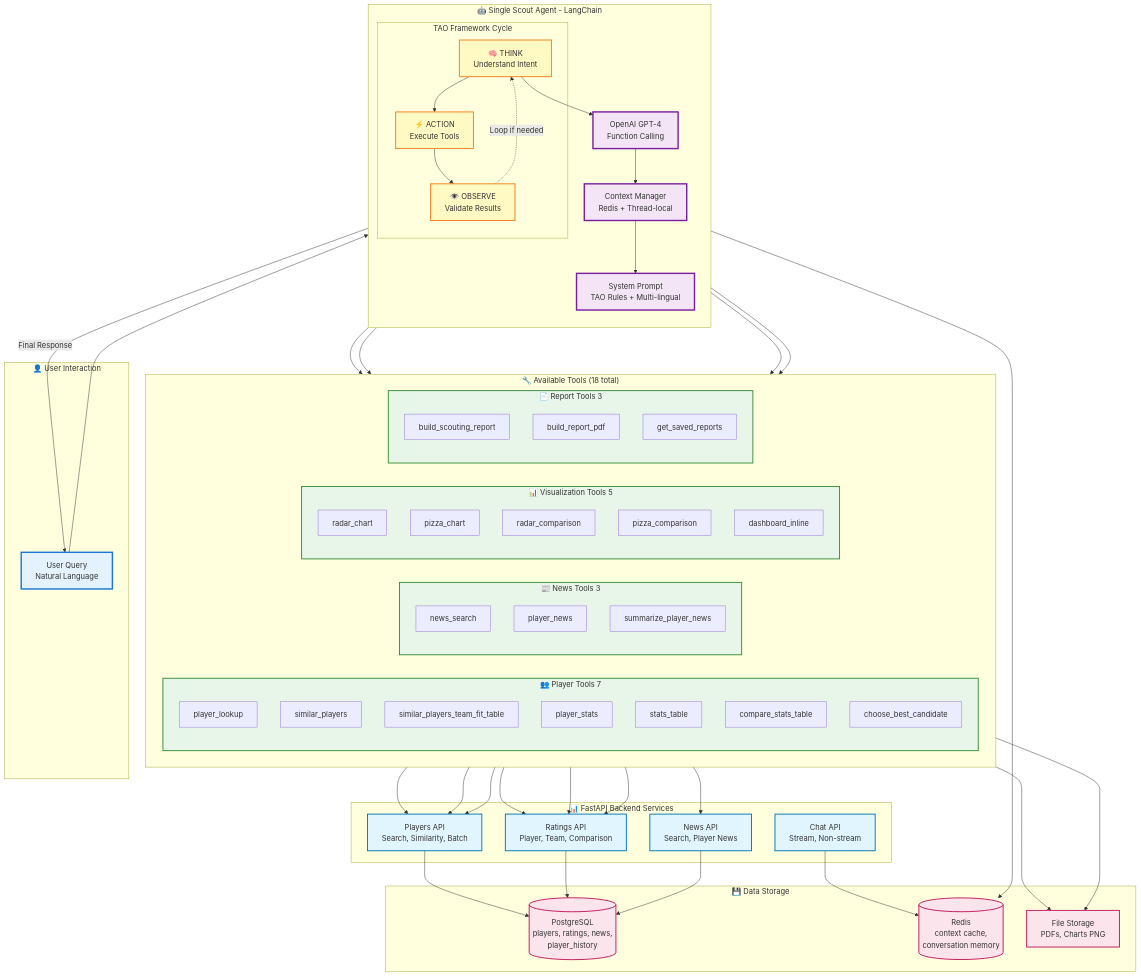
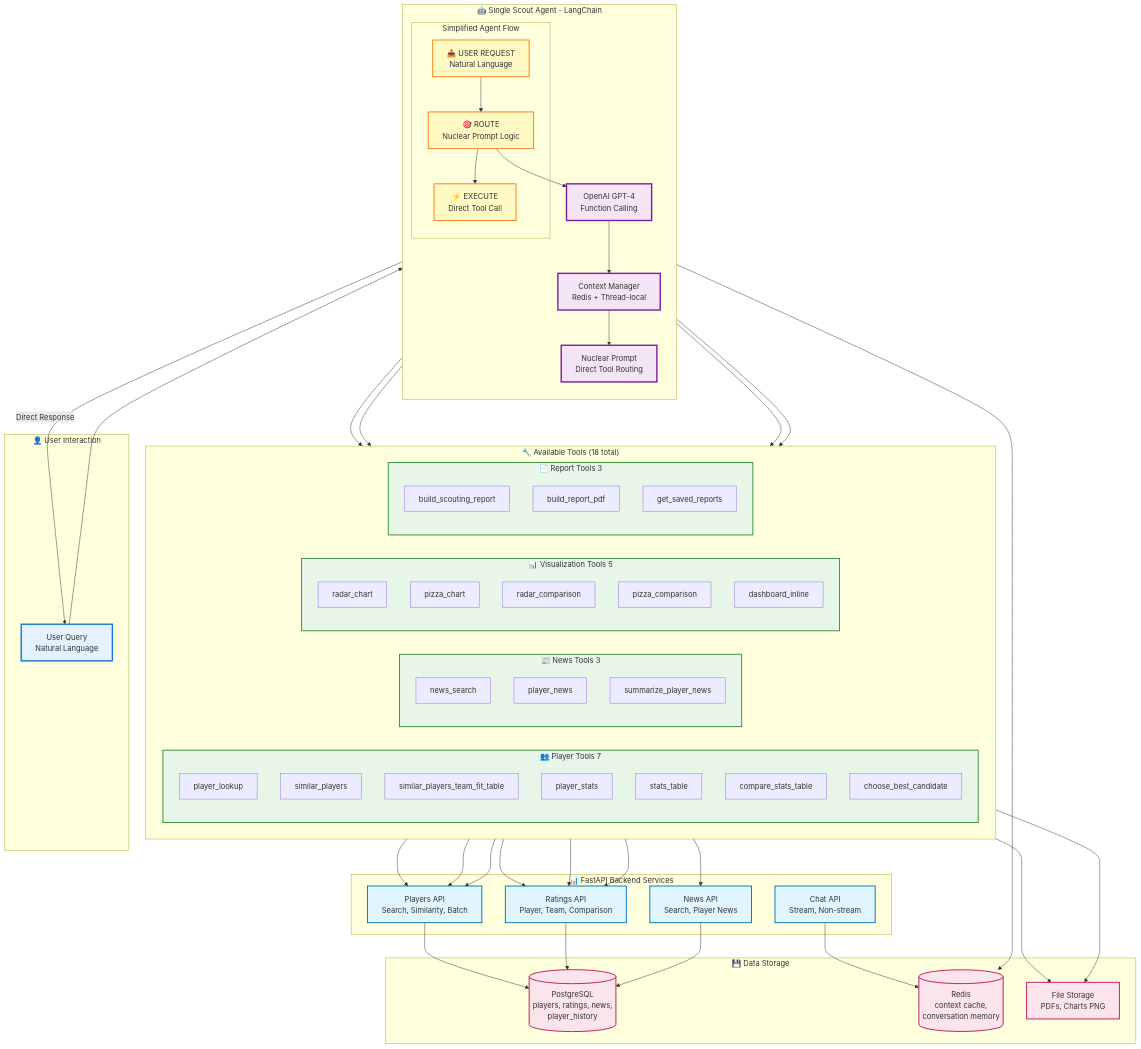
The second of 2 diagrams in README.md (KikeRev/smart_scout_app), drawn with Mermaid before and after one commit. The commit also changed other lines of this file, not shown here.

First line of the commit message:
Fix/mermaid diagrams v161 (#20)

```diff
--- a/README.md
+++ b/README.md
@@ -1071,15 +1071,15 @@
     subgraph Agent_Core["🤖 Single Scout Agent - LangChain"]
         direction TB
         
-        subgraph TAO_Cycle["TAO Framework Cycle"]
-            Think[🧠 THINK<br/>Understand Intent]
-            Action[⚡ ACTION<br/>Execute Tools]
-            Observe[👁️ OBSERVE<br/>Validate Results]
+        subgraph Agent_Flow["Simplified Agent Flow"]
+            Request[📥 USER REQUEST<br/>Natural Language]
+            Route[🎯 ROUTE<br/>Nuclear Prompt Logic]
+            Execute[⚡ EXECUTE<br/>Direct Tool Call]
         end
         
         LLM[OpenAI GPT-4<br/>Function Calling]
         ContextMgr[Context Manager<br/>Redis + Thread-local]
-        SystemPrompt[System Prompt<br/>TAO Rules + Multi-lingual]
+        SystemPrompt[Nuclear Prompt<br/>Direct Tool Routing]
     end
 
     subgraph Available_Tools["🔧 Available Tools (18 total)"]
@@ -1130,22 +1130,21 @@
     end
 
     %% User to Agent
-    User --> Think
-    Think --> LLM
+    User --> Request
+    Request --> Route
+    Route --> LLM
     LLM --> ContextMgr
     ContextMgr --> SystemPrompt
     
-    %% TAO Cycle
-    Think --> Action
-    Action --> Observe
-    Observe -.->|"Loop if needed"| Think
-    Observe -->|"Final Response"| User
+    %% Simplified Flow
+    Route --> Execute
+    Execute -->|"Direct Response"| User
     
-    %% Action calls Tools
-    Action --> PlayerTools
-    Action --> NewsTools
-    Action --> VizTools
-    Action --> ReportTools
+    %% Execute calls Tools
+    Execute --> PlayerTools
+    Execute --> NewsTools
+    Execute --> VizTools
+    Execute --> ReportTools
     
     %% Tools call Backend Services
     PlayerTools --> PlayersAPI
@@ -1172,14 +1171,14 @@
     %% Styling
     classDef userStyle fill:#e3f2fd,stroke:#1976d2,stroke-width:3px
     classDef agentStyle fill:#f3e5f5,stroke:#7b1fa2,stroke-width:3px
-    classDef taoStyle fill:#fff9c4,stroke:#f57f17,stroke-width:2px
+    classDef flowStyle fill:#fff9c4,stroke:#f57f17,stroke-width:2px
     classDef toolStyle fill:#e8f5e9,stroke:#388e3c,stroke-width:2px
     classDef serviceStyle fill:#e1f5fe,stroke:#0277bd,stroke-width:2px
     classDef dataStyle fill:#fce4ec,stroke:#c2185b,stroke-width:2px
     
     class User userStyle
     class LLM,ContextMgr,SystemPrompt agentStyle
-    class Think,Action,Observe taoStyle
+    class Request,Route,Execute flowStyle
     class PlayerTools,NewsTools,VizTools,ReportTools toolStyle
     class PlayersAPI,RatingsAPI,NewsAPI,ChatAPI serviceStyle
     class PostgreSQL,RedisCache,FileStorage dataStyle
```
